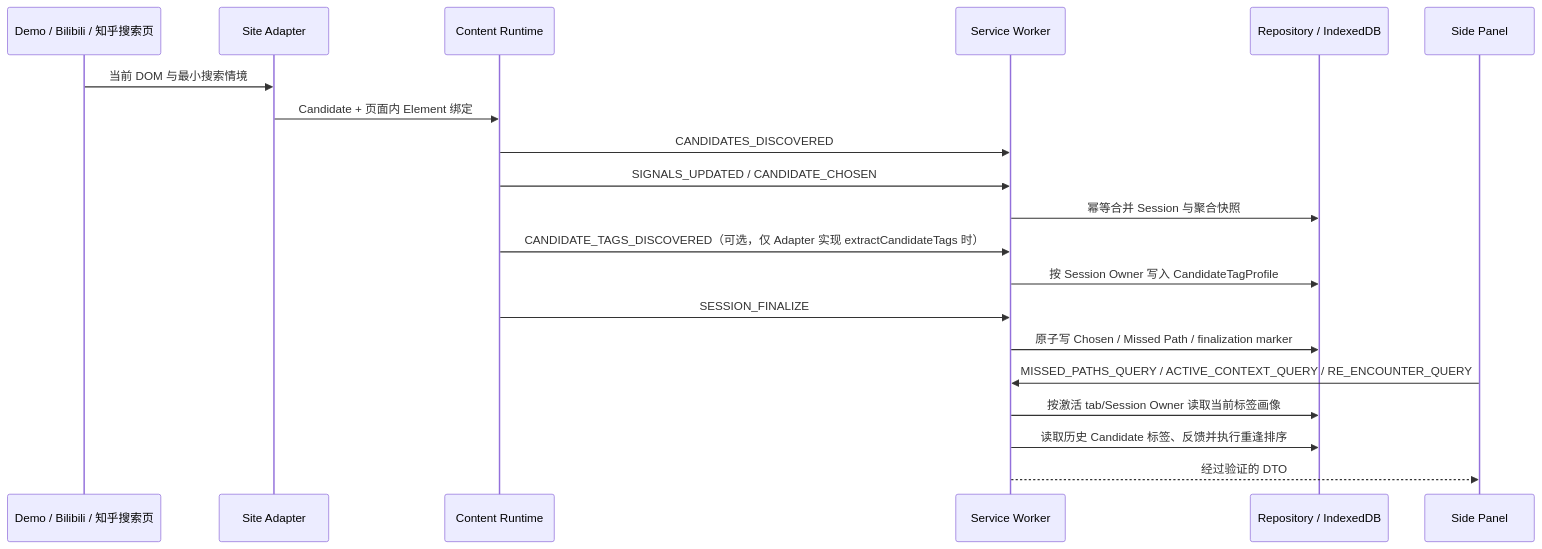
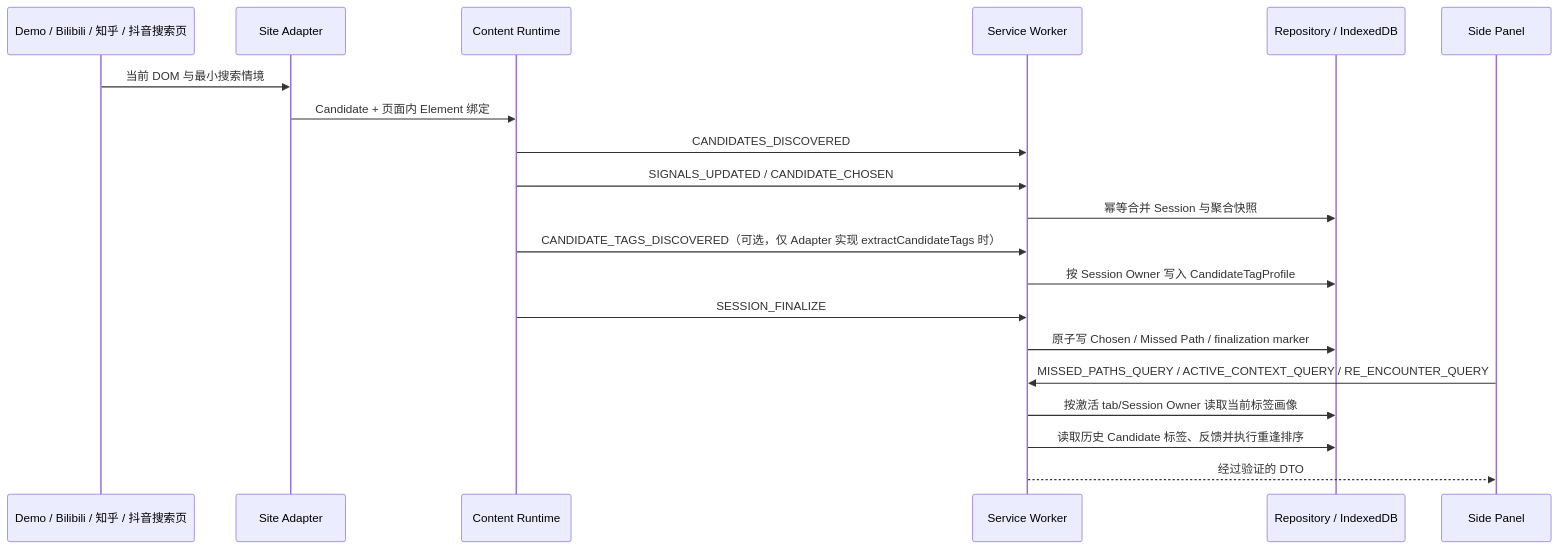
Before and after one commit to callmedog123/Dut_hksS2: the diagram in docs/architecture.md, drawn with Mermaid. The commit also changed other lines of this file and 16 other files, not shown here.

````diff
--- a/docs/architecture.md
+++ b/docs/architecture.md
@@ -7,23 +7,23 @@
 ```mermaid
 sequenceDiagram
-  participant Page as Demo / Bilibili / 知乎搜索页
+  participant Page as Demo / Bilibili / 知乎 / 抖音搜索页
   participant Adapter as Site Adapter
   participant Runtime as Content Runtime
   participant Worker as Service Worker
   participant Repo as Repository / IndexedDB
   participant Panel as Side Panel
 
   Page->>Adapter: 当前 DOM 与最小搜索情境
   Adapter->>Runtime: Candidate + 页面内 Element 绑定
   Runtime->>Worker: CANDIDATES_DISCOVERED
   Runtime->>Worker: SIGNALS_UPDATED / CANDIDATE_CHOSEN
   Worker->>Repo: 幂等合并 Session 与聚合快照
   Runtime->>Worker: CANDIDATE_TAGS_DISCOVERED（可选，仅 Adapter 实现 extractCandidateTags 时）
   Worker->>Repo: 按 Session Owner 写入 CandidateTagProfile
   Runtime->>Worker: SESSION_FINALIZE
   Worker->>Repo: 原子写 Chosen / Missed Path / finalization marker
   Panel->>Worker: MISSED_PATHS_QUERY / ACTIVE_CONTEXT_QUERY / RE_ENCOUNTER_QUERY
   Worker->>Repo: 按激活 tab/Session Owner 读取当前标签画像
   Worker->>Repo: 读取历史 Candidate 标签、反馈并执行重逢排序
   Worker-->>Panel: 经过验证的 DTO
 ```
````
